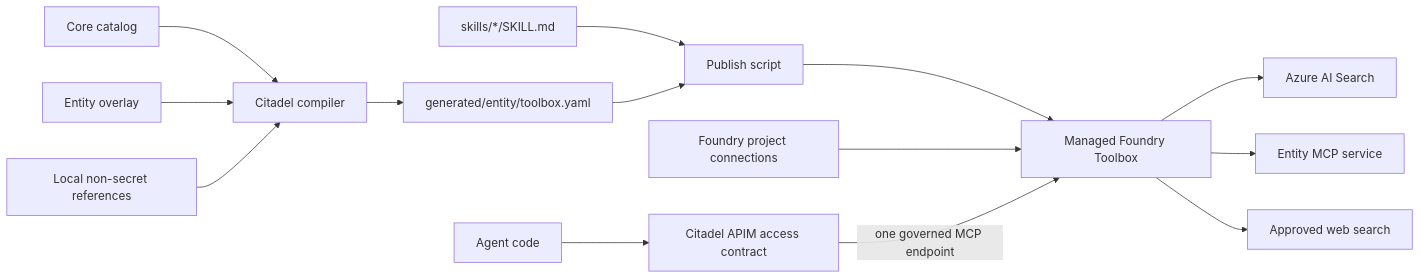
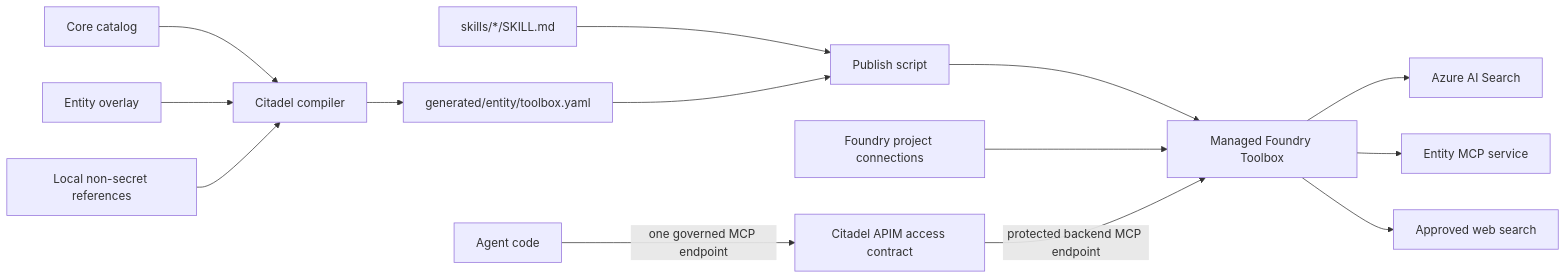
Before and after one commit to sibamoussa/citadel-toolbox-addon: the first of 2 diagrams in README.md, drawn with Mermaid. The commit also changed other lines of this file, not shown here.

Commit message:
Clarify APIM Toolbox endpoint boundary

````diff
--- a/README.md
+++ b/README.md
@@ -57,16 +57,16 @@
 ```mermaid
 flowchart LR
      Core[Core catalog] --> Compiler[Citadel compiler]
      Overlay[Entity overlay] --> Compiler
      Env[Local non-secret references] --> Compiler
      Compiler --> Generated[generated/entity/toolbox.yaml]
      Skills[skills/*/SKILL.md] --> Publish[Publish script]
      Generated --> Publish
      Publish --> Foundry[Managed Foundry Toolbox]
      Connections[Foundry project connections] --> Foundry
-        Agent[Agent code] --> APIM[Citadel APIM access contract]
-        APIM -->|one governed MCP endpoint| Foundry
+      Agent[Agent code] -->|one governed MCP endpoint| APIM[Citadel APIM access contract]
+      APIM -->|protected backend MCP endpoint| Foundry
      Foundry --> Search[Azure AI Search]
      Foundry --> MCP[Entity MCP service]
      Foundry --> Web[Approved web search]
 ```
````
